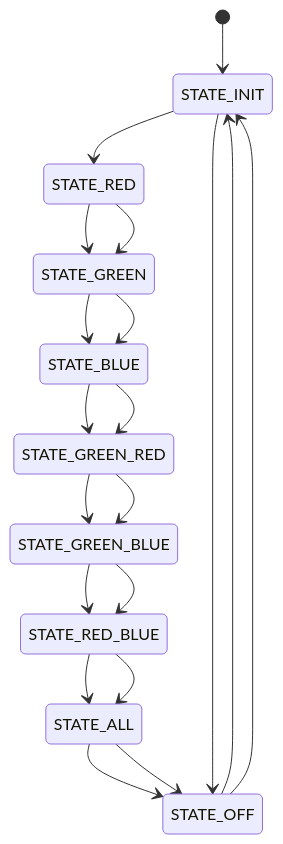
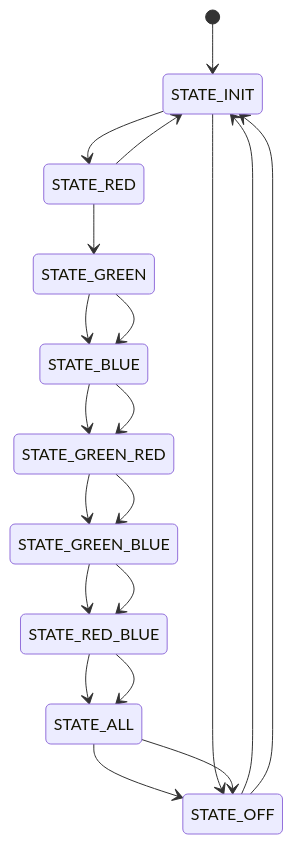
Before and after one commit to AngelMzno/iodraw-files: the diagram in all/Mapa de Estado.md, drawn with Mermaid.

Commit message:
2024-09-03 19:40:50 update

````diff
--- a/all/Mapa de Estado.md
+++ b/all/Mapa de Estado.md
@@ -1,27 +1,27 @@
 ```mermaid
 stateDiagram-v2
 [*]-->STATE_INIT
 STATE_INIT --> STATE_RED
 STATE_RED --> STATE_GREEN
 STATE_GREEN-->STATE_BLUE
 STATE_BLUE -->STATE_GREEN_RED
 STATE_GREEN_RED -->STATE_GREEN_BLUE
 STATE_GREEN_BLUE-->STATE_RED_BLUE
 STATE_RED_BLUE-->STATE_ALL
 STATE_ALL-->STATE_OFF
 STATE_OFF-->STATE_INIT
 
 [*]STATE_INIT
 STATE_INIT --> STATE_OFF
-STATE_RED --> STATE_GREEN
+STATE_RED --> STATE_INIT
 STATE_GREEN-->STATE_BLUE
 STATE_BLUE -->STATE_GREEN_RED
 STATE_GREEN_RED -->STATE_GREEN_BLUE
 STATE_GREEN_BLUE-->STATE_RED_BLUE
 STATE_RED_BLUE-->STATE_ALL
 STATE_ALL-->STATE_OFF
 STATE_OFF-->STATE_INIT
 
 
 
 ```
````
